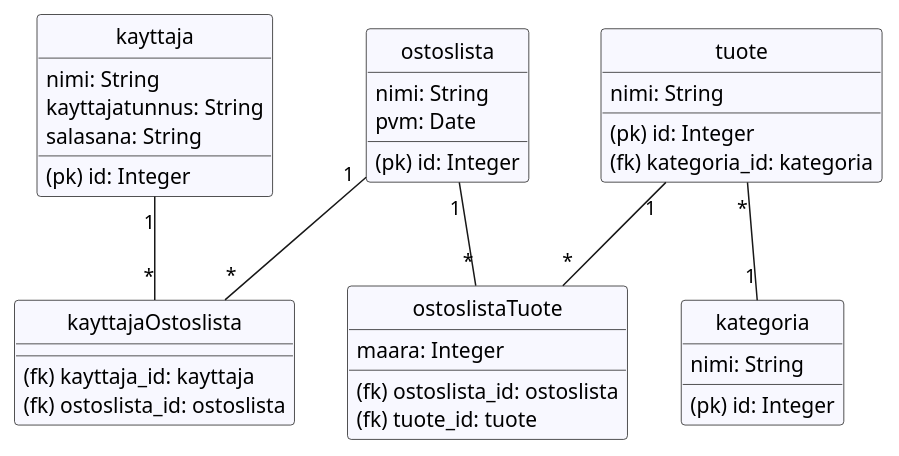
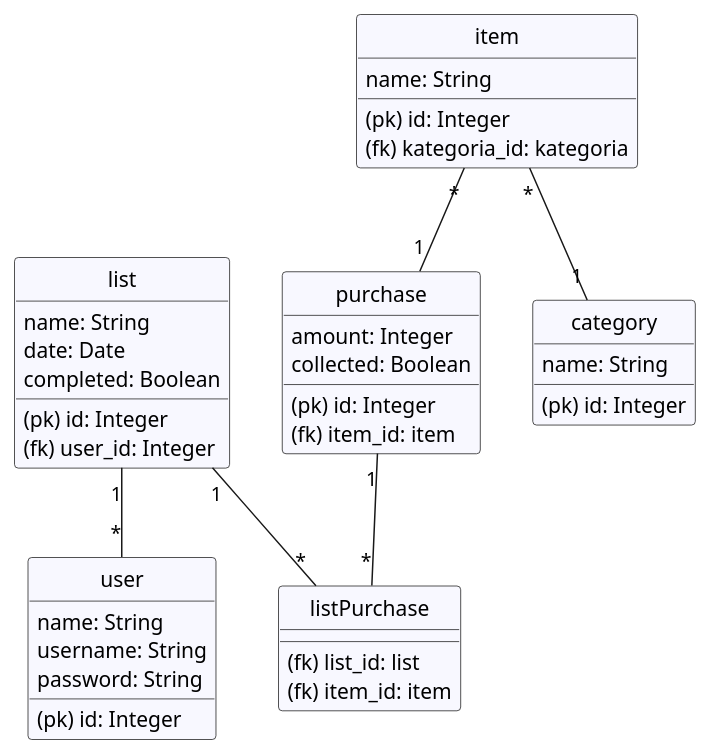
One commit to petrioski/ostoslista changed the diagram in extra/tietokantakaavio.plantuml. Above: the diagram before and after it, drawn with PlantUML.

Commit message:
lisätty ostostaulu ja poistettu tarpeeton liitostaulu (käyttajaOstoslista)

```diff
--- a/extra/tietokantakaavio.plantuml
+++ b/extra/tietokantakaavio.plantuml
@@ -1,50 +1,54 @@
 @startuml
 hide circle
 skinparam Shadowing false
 skinparam class {
     backgroundColor GhostWhite
 }
 
 
-class kayttaja {
+class user {
     (pk) id: Integer
-    nimi: String
-    kayttajatunnus: String
-    salasana: String
+    name: String
+    username: String
+    password: String
 }
 
-class tuote {
+class purchase {
+    (pk) id: Integer
+    (fk) item_id: item
+    amount: Integer
+    collected: Boolean
+}
+
+
+class item {
     (pk) id: Integer
     (fk) kategoria_id: kategoria
-    nimi: String
+    name: String
 }
 
-class kategoria {
+class category {
     (pk) id: Integer
-    nimi: String
+    name: String
 }
 
-class ostoslista {
+class list {
     (pk) id: Integer
-    nimi: String
-    pvm: Date
+    (fk) user_id: Integer
+    name: String
+    date: Date
+    completed: Boolean
 }
 
-class kayttajaOstoslista {
-    (fk) kayttaja_id: kayttaja
-    (fk) ostoslista_id: ostoslista
+class listPurchase	{
+    (fk) list_id: list
+    (fk) item_id: item
 }
 
-class ostoslistaTuote {
-    (fk) ostoslista_id: ostoslista
-    (fk) tuote_id: tuote
-    maara: Integer
-}
-
-tuote "*" -- "1" kategoria
-kayttaja "1" -- "*" kayttajaOstoslista
-ostoslista "1" -- "*" kayttajaOstoslista
-ostoslista "1" -- "*" ostoslistaTuote
-tuote "1" -- "*" ostoslistaTuote
+item "*" -- "1" category
+list "1" -- "*" user
+list "1" -- "*" listPurchase
+purchase "1" -- "*" listPurchase
+item "*" -- "1" purchase
 
 @endum
```
